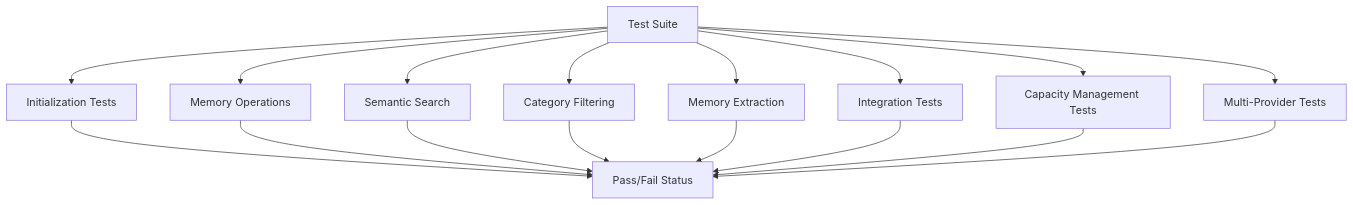
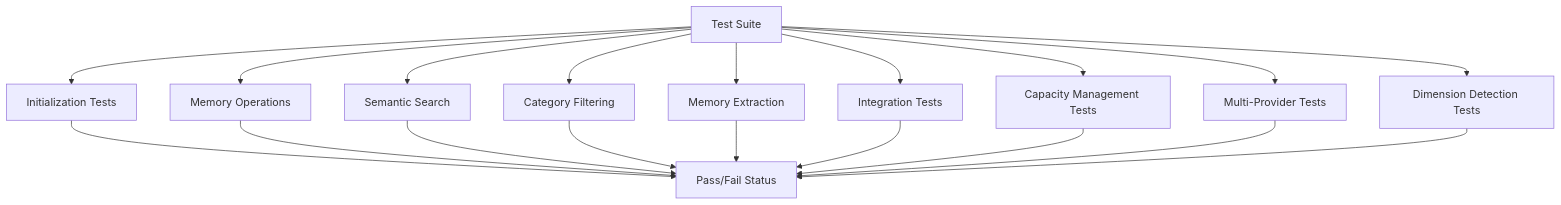
One commit to liwonder/NARRITIVE_OS changed diagram 11 of 11 in .qoder/repowiki/en/content/Memory Management System/Vector Memory System.md. Above: the diagram before and after it, drawn with Mermaid. The commit also changed other lines of this file and 14 other files, not shown here.

````diff
--- a/.qoder/repowiki/en/content/Memory Management System/Vector Memory System.md
+++ b/.qoder/repowiki/en/content/Memory Management System/Vector Memory System.md
@@ -496,19 +549,21 @@
 ```mermaid
 flowchart TD
 TestSuite[Test Suite] --> InitTest[Initialization Tests]
 TestSuite --> MemoryTest[Memory Operations]
 TestSuite --> SearchTest[Semantic Search]
 TestSuite --> CategoryTest[Category Filtering]
 TestSuite --> ExtractionTest[Memory Extraction]
 TestSuite --> IntegrationTest[Integration Tests]
 TestSuite --> CapacityTest[Capacity Management Tests]
 TestSuite --> ProviderTest[Multi-Provider Tests]
+TestSuite --> DimensionTest[Dimension Detection Tests]
 InitTest --> Pass[Pass/Fail Status]
 MemoryTest --> Pass
 SearchTest --> Pass
 CategoryTest --> Pass
 ExtractionTest --> Pass
 IntegrationTest --> Pass
 CapacityTest --> Pass
 ProviderTest --> Pass
+DimensionTest --> Pass
 ```
````
